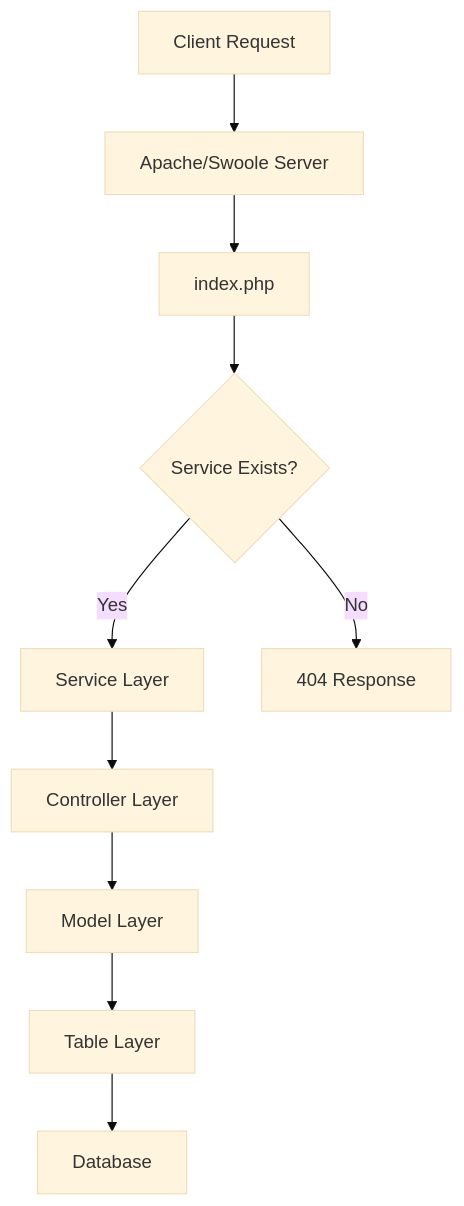
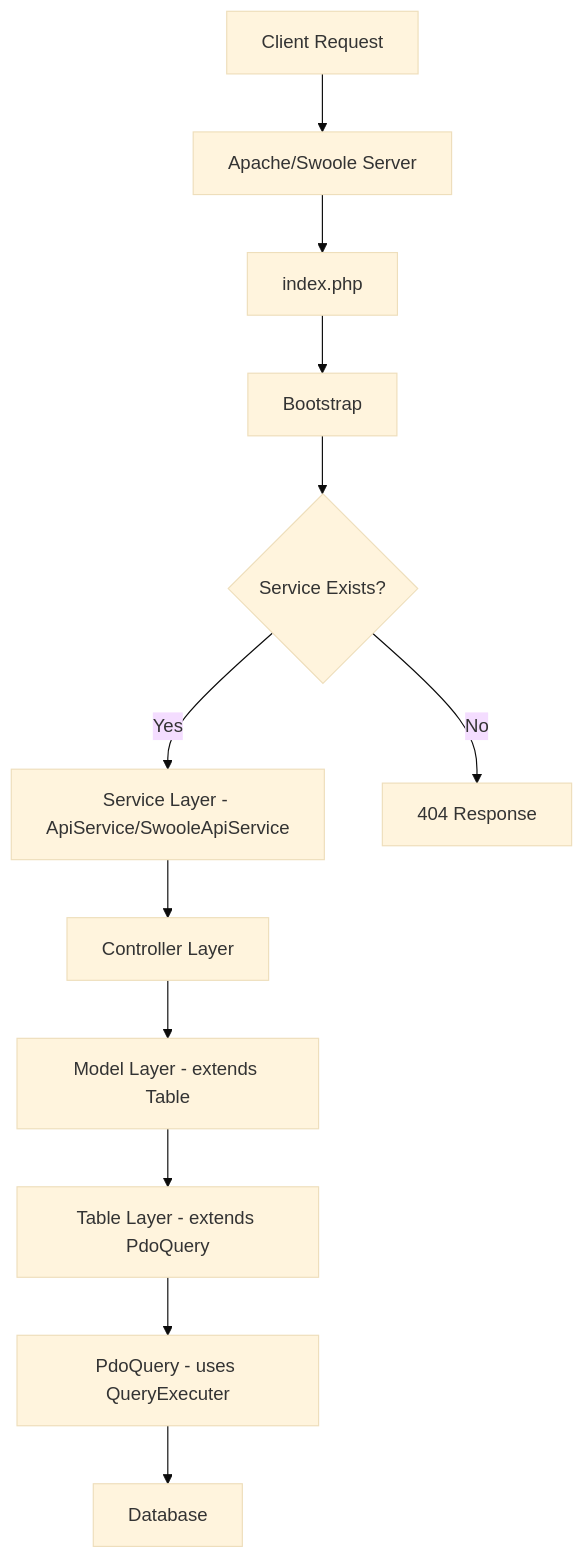
One commit to secure73/gemvc changed the first of 2 diagrams in docs/core/architecture.md. Above: the diagram before and after it, drawn with Mermaid (base theme). The commit also changed other lines of this file and 6 other files, not shown here.

````diff
--- a/docs/core/architecture.md
+++ b/docs/core/architecture.md
@@ -95,12 +106,14 @@
 ```mermaid
 graph TD
     A[Client Request] --> B[Apache/Swoole Server]
     B --> C[index.php]
-    C --> D{Service Exists?}
-    D -->|Yes| E[Service Layer]
-    D -->|No| F[404 Response]
-    E --> G[Controller Layer]
-    G --> H[Model Layer]
-    H --> I[Table Layer]
-    I --> J[Database]
+    C --> D[Bootstrap]
+    D --> E{Service Exists?}
+    E -->|Yes| F[Service Layer - ApiService/SwooleApiService]
+    E -->|No| G[404 Response]
+    F --> H[Controller Layer]
+    H --> I[Model Layer - extends Table]
+    I --> J[Table Layer - extends PdoQuery]
+    J --> K[PdoQuery - uses QueryExecuter]
+    K --> L[Database]
 ```
````
